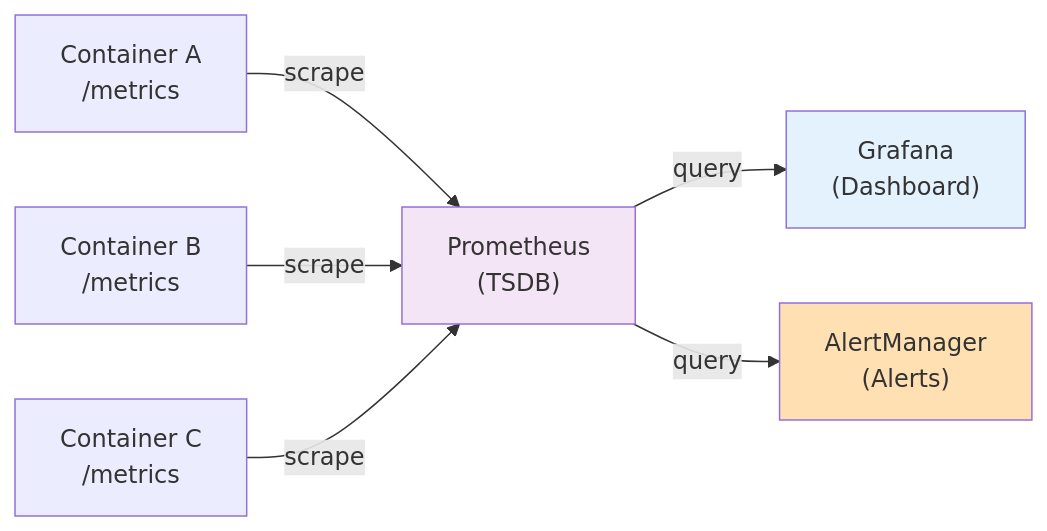
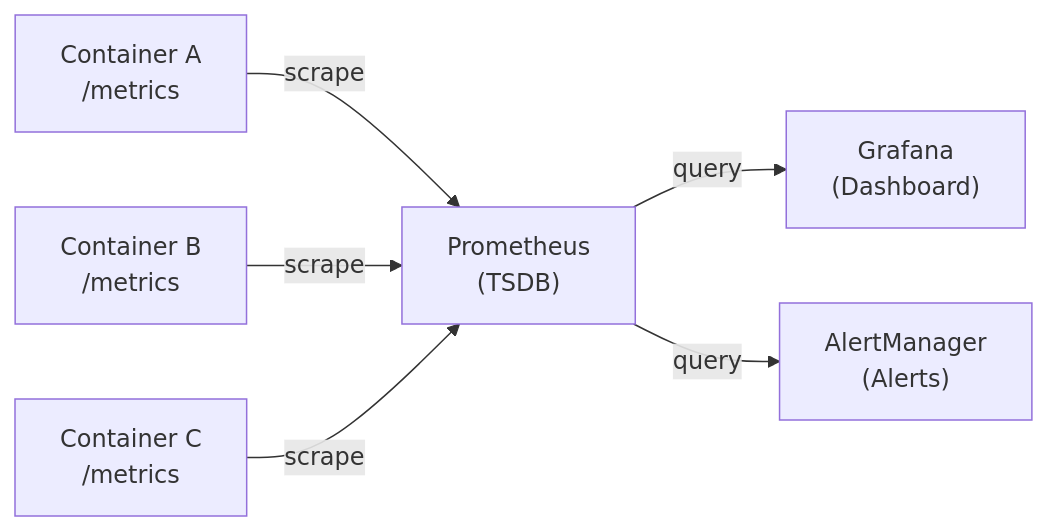
Before and after one commit to nitinkc/DevOpsLearning: the diagram in docs/theory/08-observability.md, drawn with Mermaid. The commit also changed other lines of this file and 46 other files, not shown here.

````diff
--- a/docs/theory/08-observability.md
+++ b/docs/theory/08-observability.md
@@ -54,13 +54,9 @@
-<div class="mermaid">
+```mermaid
 graph LR
     A["Container A<br/>/metrics"] -->|scrape| B["Prometheus<br/>(TSDB)"]
     C["Container B<br/>/metrics"] -->|scrape| B
     D["Container C<br/>/metrics"] -->|scrape| B
     
     B -->|query| E["Grafana<br/>(Dashboard)"]
     B -->|query| F["AlertManager<br/>(Alerts)"]
-    
-    style B fill:#f3e5f5
-    style E fill:#e3f2fd
-    style F fill:#ffe0b2
-</div>
+```
````
